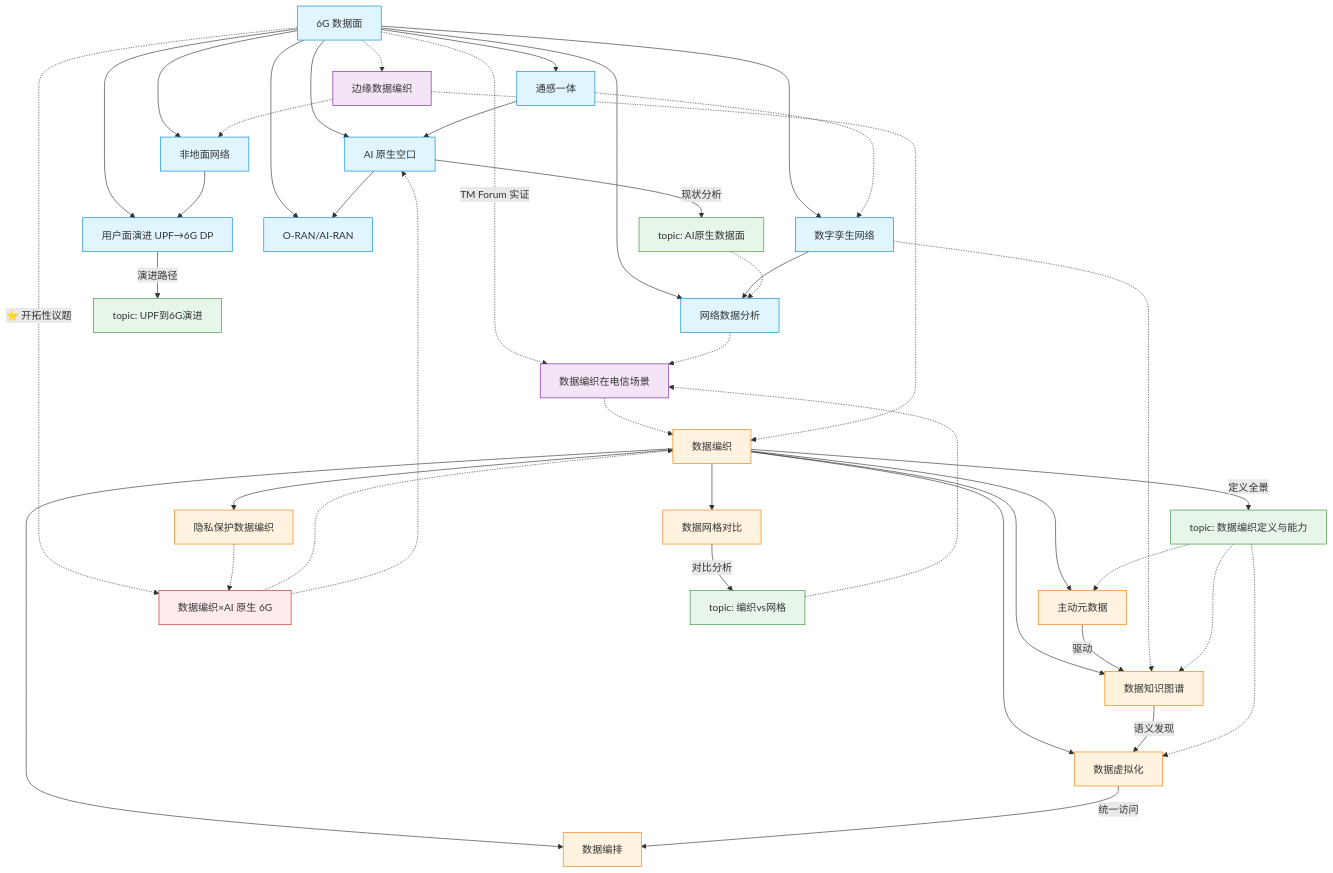
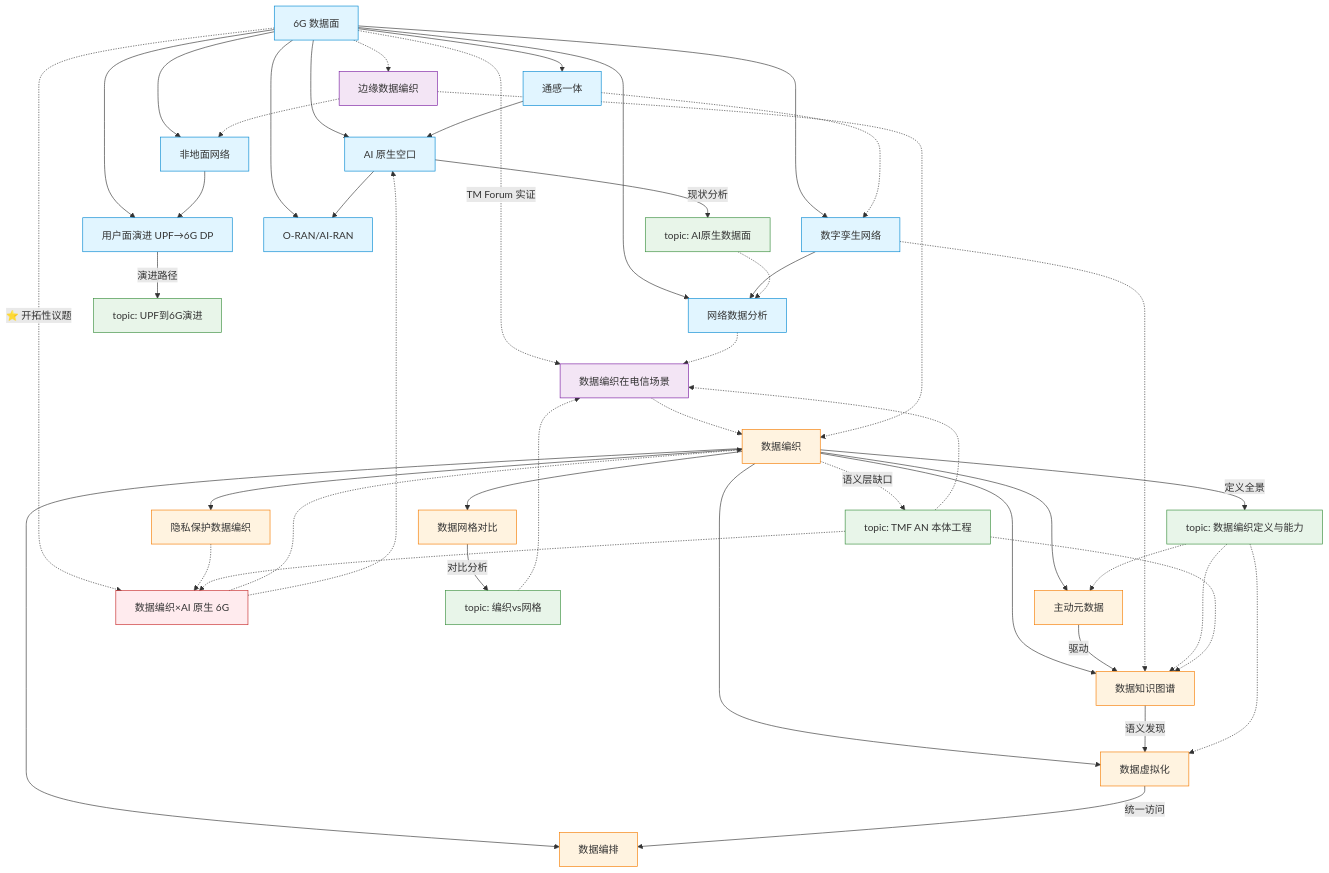
The diagram in wiki/concepts/README.md (newmanxiang/6GDataPlane), drawn with Mermaid before and after one commit. The commit also changed 35 other files, not shown here.

````diff
--- a/wiki/concepts/README.md
+++ b/wiki/concepts/README.md
@@ -7,68 +7,74 @@
 ```mermaid
 graph TD
     %% 6G 数据面侧（A类）
     DP[6G 数据面]
     DP --> UPE[用户面演进 UPF→6G DP]
     DP --> AIA[AI 原生空口]
     DP --> DTN[数字孪生网络]
     DP --> ISAC[通感一体]
     DP --> NTN[非地面网络]
     DP --> RAN[O-RAN/AI-RAN]
     DP --> NWDA[网络数据分析]
 
     %% A类内部关系
     DTN --> NWDA
     ISAC --> AIA
     ISAC -.-> DTN
     NTN --> UPE
     AIA --> RAN
 
     %% 数据编织侧（B类）
     DF[数据编织]
     DF --> AM[主动元数据]
     DF --> KG[数据知识图谱]
     DF --> DV[数据虚拟化]
     DF --> DO[数据编排]
     DF --> PP[隐私保护数据编织]
     DF --> DMESH[数据网格对比]
 
     %% B类内部关系（协作链条）
     AM -->|驱动| KG
     KG -->|语义发现| DV
     DV -->|统一访问| DO
 
     %% 交集议题（C类）
     DP -.->|TM Forum 实证| DF_TEL[数据编织在电信场景]
     DF_TEL -.-> DF
     DP -.->|⭐ 开拓性议题| DF_AIN[数据编织×AI 原生 6G]
     DF_AIN -.-> DF
     DF_AIN -.-> AIA
     DP -.-> EDGE[边缘数据编织]
     EDGE -.-> DF
     EDGE -.-> NTN
     PP -.-> DF_AIN
     NWDA -.-> DF_TEL
     DTN -.-> KG
 
     %% Topic 深调关系（D9 新增）
     DF -->|定义全景| T_DFDC[topic: 数据编织定义与能力]
     DMESH -->|对比分析| T_DFVM[topic: 编织vs网格]
     T_DFDC -.-> AM
     T_DFDC -.-> KG
     T_DFDC -.-> DV
     T_DFVM -.-> DF_TEL
     UPE -->|演进路径| T_UPE[topic: UPF到6G演进]
     AIA -->|现状分析| T_AINP[topic: AI原生数据面]
     T_AINP -.-> NWDA
 
+    %% Topic 深调关系（D17 新增）
+    DF -.->|语义层缺口| T_TIO[topic: TMF AN 本体工程]
+    T_TIO -.-> KG
+    T_TIO -.-> DF_TEL
+    T_TIO -.-> DF_AIN
+
     classDef dp fill:#e1f5ff,stroke:#0288d1;
     classDef df fill:#fff3e0,stroke:#f57c00;
     classDef cross fill:#f3e5f5,stroke:#7b1fa2;
     classDef gap fill:#ffebee,stroke:#c62828;
     classDef topic fill:#e8f5e9,stroke:#388e3c;
     class DP,UPE,AIA,DTN,ISAC,NTN,RAN,NWDA dp;
     class DF,AM,KG,DV,DO,PP,DMESH df;
     class DF_TEL,EDGE cross;
     class DF_AIN gap;
-    class T_DFDC,T_DFVM,T_UPE,T_AINP topic;
+    class T_DFDC,T_DFVM,T_UPE,T_AINP,T_TIO topic;
 ```
````
